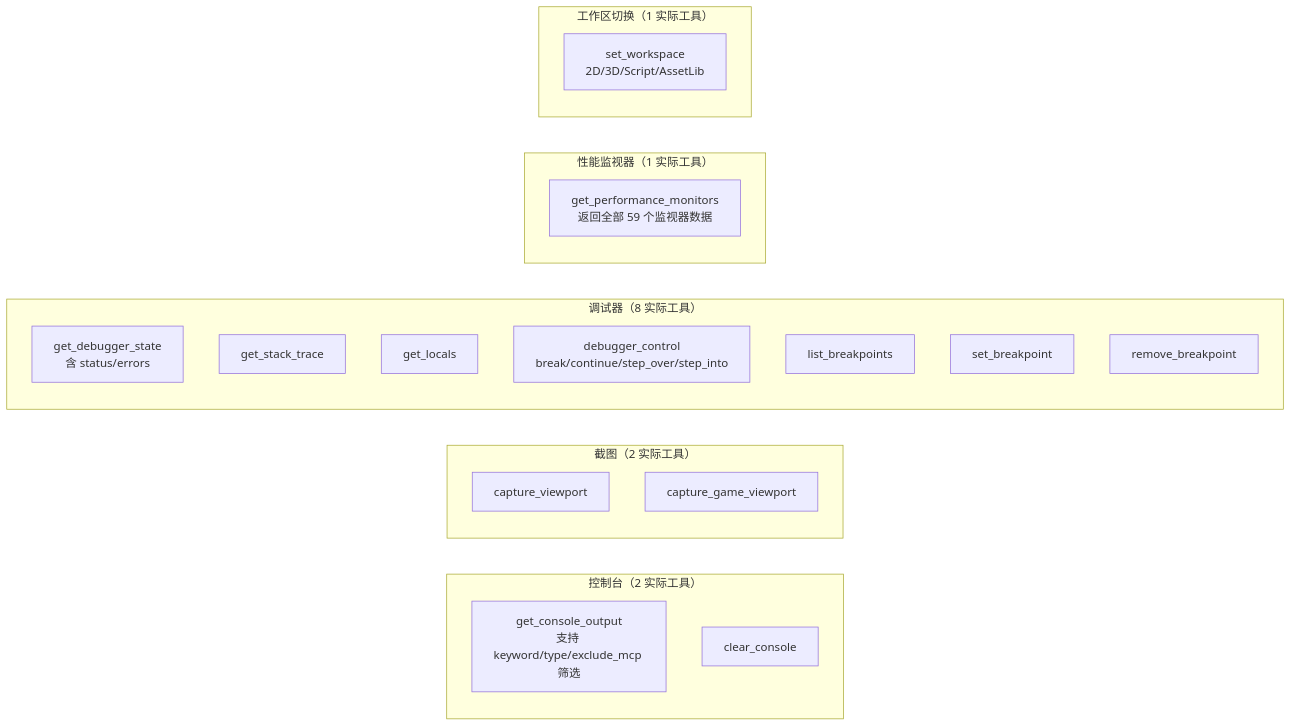
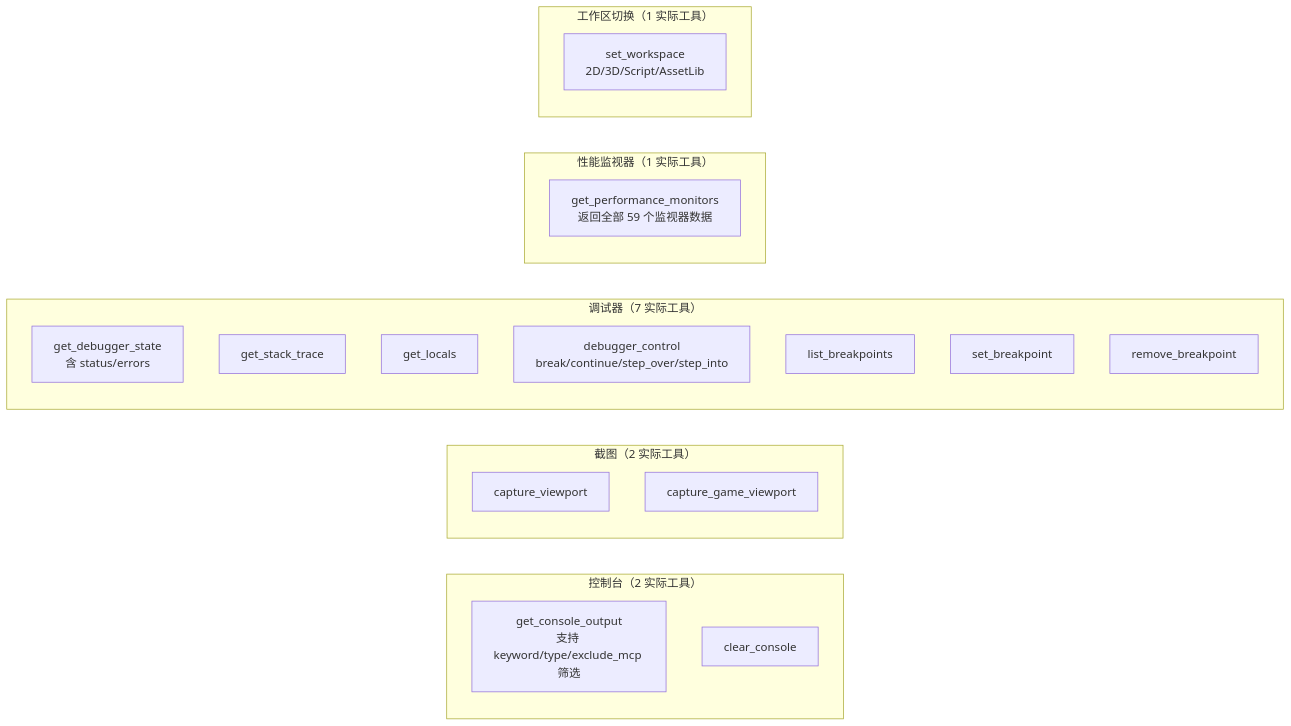
The diagram in .repo_wiki/modules/workspace-tools.md (jesspig/GodotMCP-GDExtension), drawn with Mermaid before and after one commit. The commit also changed other lines of this file and 41 other files, not shown here.

````diff
--- a/.repo_wiki/modules/workspace-tools.md
+++ b/.repo_wiki/modules/workspace-tools.md
@@ -7,26 +7,26 @@
 ```mermaid
 flowchart LR
     subgraph Console["控制台（2 实际工具）"]
         CONSOLE["get_console_output<br/>支持 keyword/type/exclude_mcp 筛选"]
         CLEAR["clear_console"]
     end
     subgraph Capture["截图（2 实际工具）"]
         CAPVP["capture_viewport"]
         CAPGV["capture_game_viewport"]
     end
-    subgraph Debugger["调试器（8 实际工具）"]
+    subgraph Debugger["调试器（7 实际工具）"]
         STATE["get_debugger_state<br/>含 status/errors"]
         STACK["get_stack_trace"]
         LOCALS["get_locals"]
         CTRL["debugger_control<br/>break/continue/step_over/step_into"]
         LISTBP["list_breakpoints"]
         SETBP["set_breakpoint"]
         RMBP["remove_breakpoint"]
     end
     subgraph Perf["性能监视器（1 实际工具）"]
         MONITOR["get_performance_monitors<br/>返回全部 59 个监视器数据"]
     end
     subgraph WS["工作区切换（1 实际工具）"]
         WS_SET["set_workspace<br/>2D/3D/Script/AssetLib"]
     end
 ```
````
